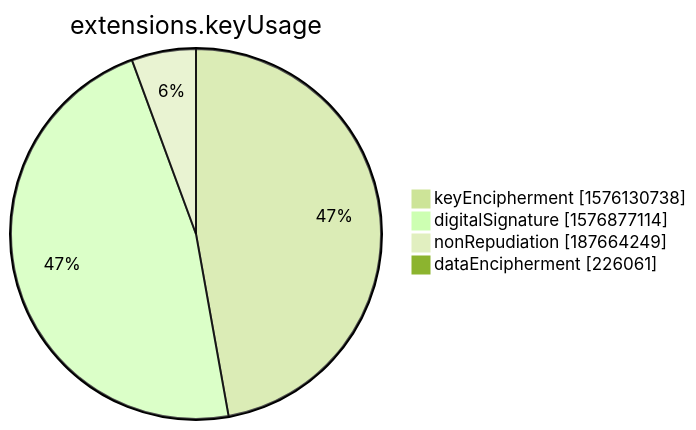
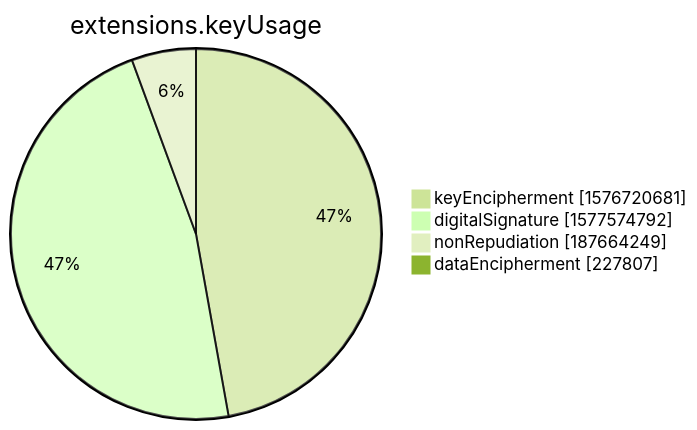
Before and after one commit to christiankrug/ctmonitor_visualization: the seventh of 15 diagrams in xenon2022/README.md, drawn with Mermaid (forest theme). The commit also changed other lines of this file, not shown here.

````diff
--- a/xenon2022/README.md
+++ b/xenon2022/README.md
@@ -2853,8 +2853,8 @@
 ```mermaid
 pie showData
 title extensions.keyUsage
-"keyEncipherment" :1576130738
-"digitalSignature" :1576877114
+"keyEncipherment" :1576720681
+"digitalSignature" :1577574792
 "nonRepudiation" :187664249
-"dataEncipherment" :226061
+"dataEncipherment" :227807
 ```
````
